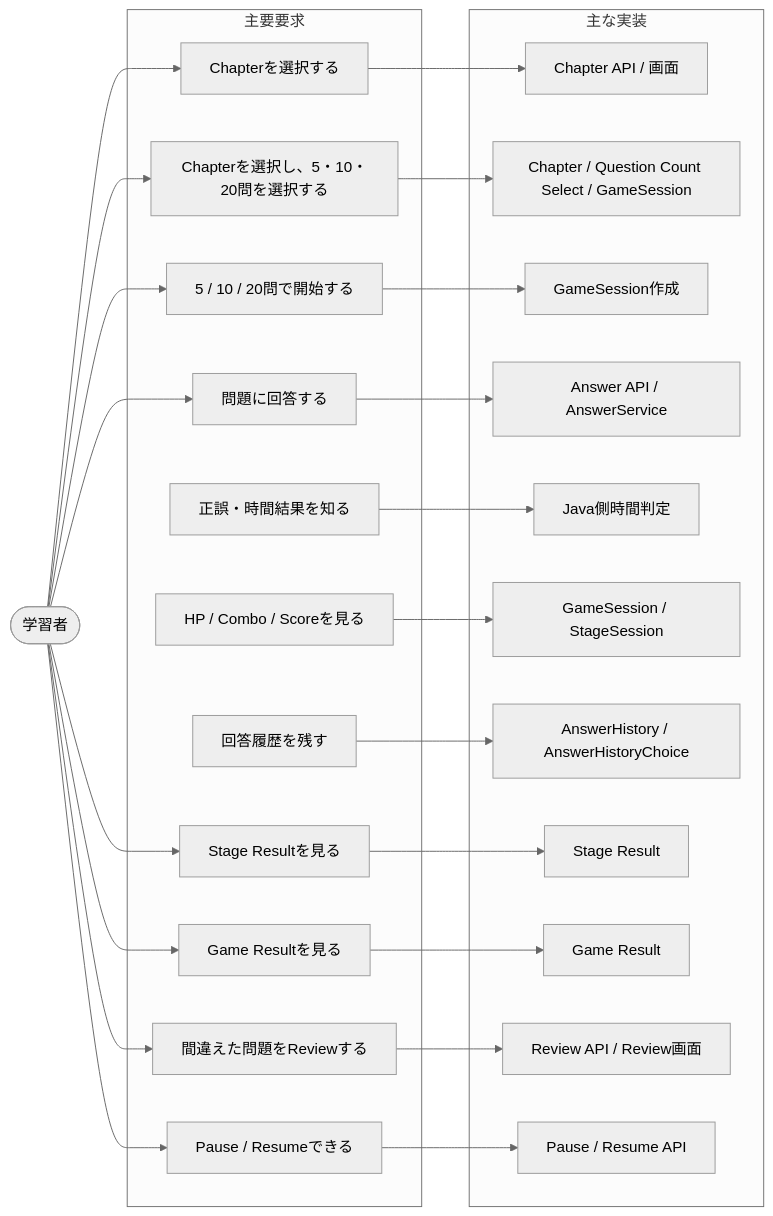
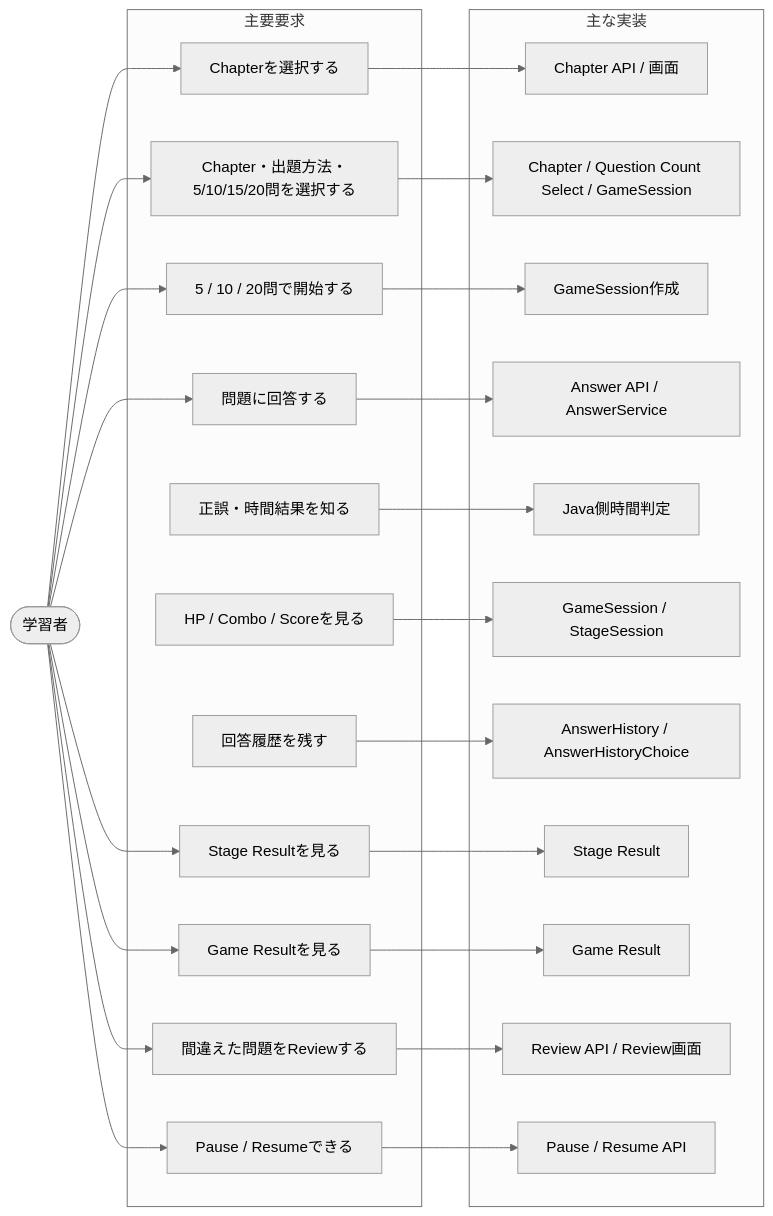
Before and after one commit to suu-dev-0203/graduation_JAVAgame: diagram 16 of 29 in README.md, drawn with Mermaid (neutral theme). The commit also changed other lines of this file and 21 other files, not shown here.

````diff
--- a/README.md
+++ b/README.md
@@ -758,46 +759,46 @@
 ```mermaid
 flowchart LR
     U([学習者])
 
     subgraph REQ[主要要求]
         R1[Chapterを選択する]
-        R2[Chapterを選択し、5・10・20問を選択する]
+        R2[Chapter・出題方法・5/10/15/20問を選択する]
         R3[5 / 10 / 20問で開始する]
         R4[問題に回答する]
         R5[正誤・時間結果を知る]
         R6[HP / Combo / Scoreを見る]
         R7[回答履歴を残す]
         R8[Stage Resultを見る]
         R9[Game Resultを見る]
         R10[間違えた問題をReviewする]
         R11[Pause / Resumeできる]
     end
 
     subgraph IMPL[主な実装]
         I1[Chapter API / 画面]
         I2[Chapter / Question Count Select / GameSession]
         I3[GameSession作成]
         I4[Answer API / AnswerService]
         I5[Java側時間判定]
         I6[GameSession / StageSession]
         I7[AnswerHistory / AnswerHistoryChoice]
         I8[Stage Result]
         I9[Game Result]
         I10[Review API / Review画面]
         I11[Pause / Resume API]
     end
 
     U --> R1 & R2 & R3 & R4 & R8 & R9 & R10 & R11
     R1 --> I1
     R2 --> I2
     R3 --> I3
     R4 --> I4
     R5 --> I5
     R6 --> I6
     R7 --> I7
     R8 --> I8
     R9 --> I9
     R10 --> I10
     R11 --> I11
 
 ```
````
